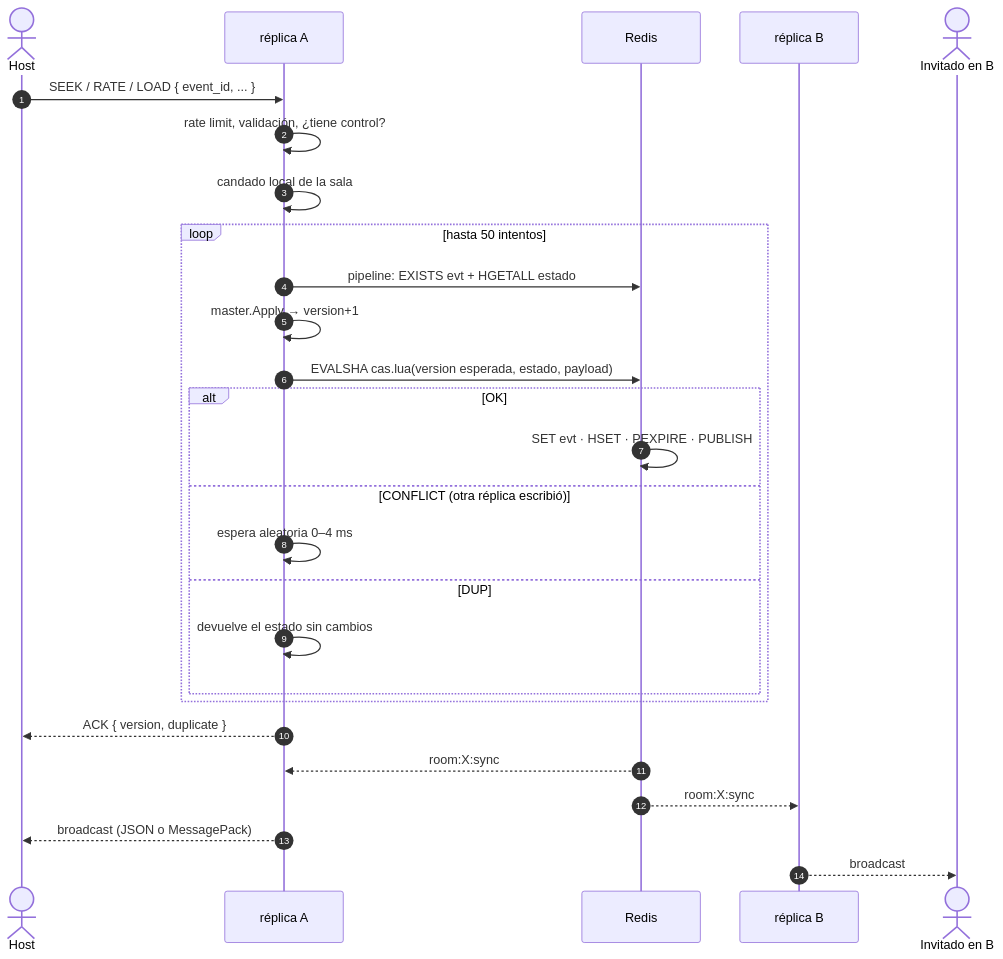
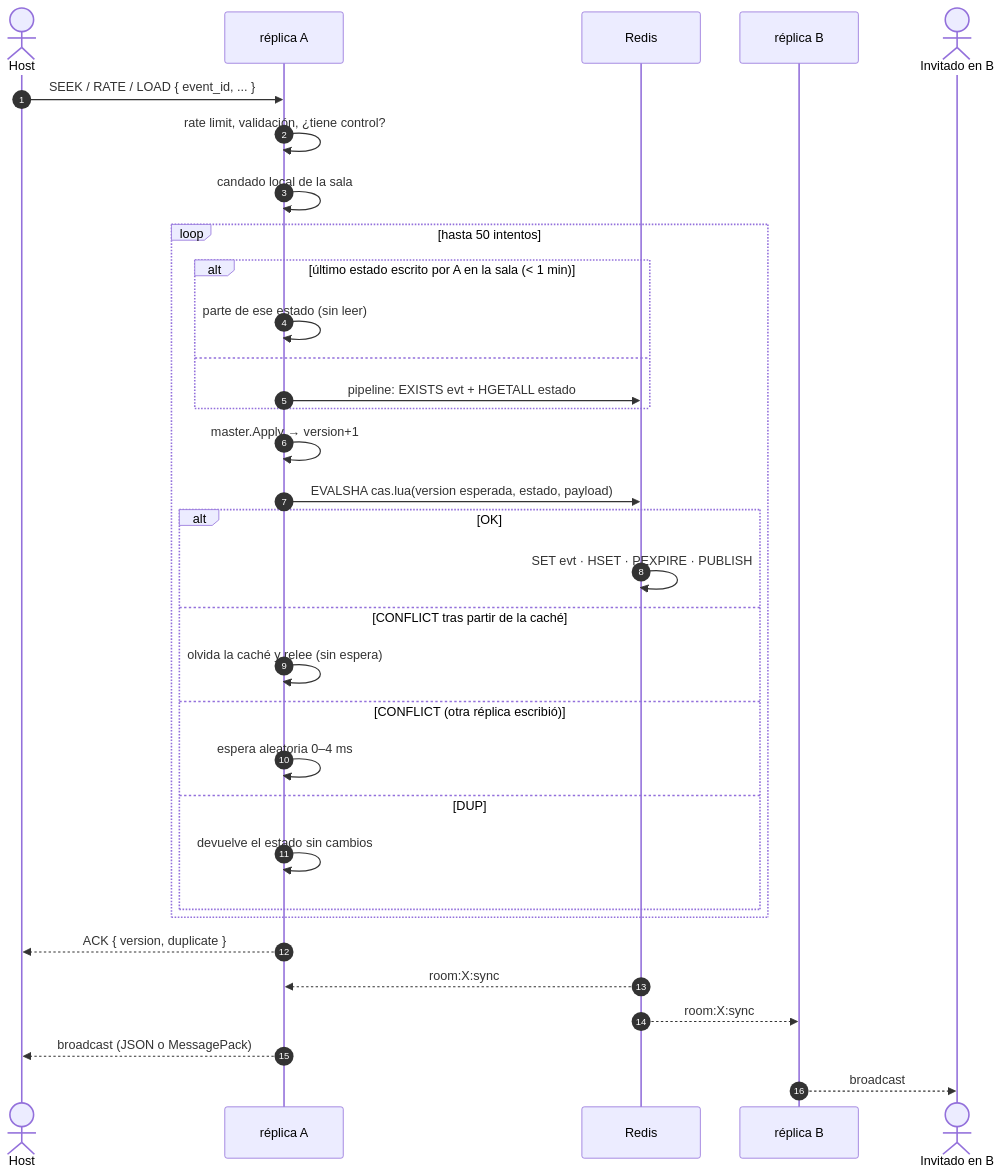
One commit to N1ghtlyC0de/TINT changed the sixth of 17 diagrams in docs/dominio-reproduccion.md. Above: the diagram before and after it, drawn with Mermaid. The commit also changed other lines of this file and 1 other file, not shown here.

````diff
--- a/docs/dominio-reproduccion.md
+++ b/docs/dominio-reproduccion.md
@@ -366,30 +366,36 @@
 ```mermaid
 sequenceDiagram
     autonumber
     actor Host
     participant A as réplica A
     participant R as Redis
     participant B as réplica B
     actor Inv as Invitado en B
 
     Host->>A: SEEK / RATE / LOAD { event_id, ... }
     A->>A: rate limit, validación, ¿tiene control?
     A->>A: candado local de la sala
     loop hasta 50 intentos
-        A->>R: pipeline: EXISTS evt + HGETALL estado
+        alt último estado escrito por A en la sala (< 1 min)
+            A->>A: parte de ese estado (sin leer)
+        else
+            A->>R: pipeline: EXISTS evt + HGETALL estado
+        end
         A->>A: master.Apply → version+1
         A->>R: EVALSHA cas.lua(version esperada, estado, payload)
         alt OK
             R->>R: SET evt · HSET · PEXPIRE · PUBLISH
+        else CONFLICT tras partir de la caché
+            A->>A: olvida la caché y relee (sin espera)
         else CONFLICT (otra réplica escribió)
             A->>A: espera aleatoria 0–4 ms
         else DUP
             A->>A: devuelve el estado sin cambios
         end
     end
     A-->>Host: ACK { version, duplicate }
     R-->>A: room:X:sync
     R-->>B: room:X:sync
     A-->>Host: broadcast (JSON o MessagePack)
     B-->>Inv: broadcast
 ```
````
